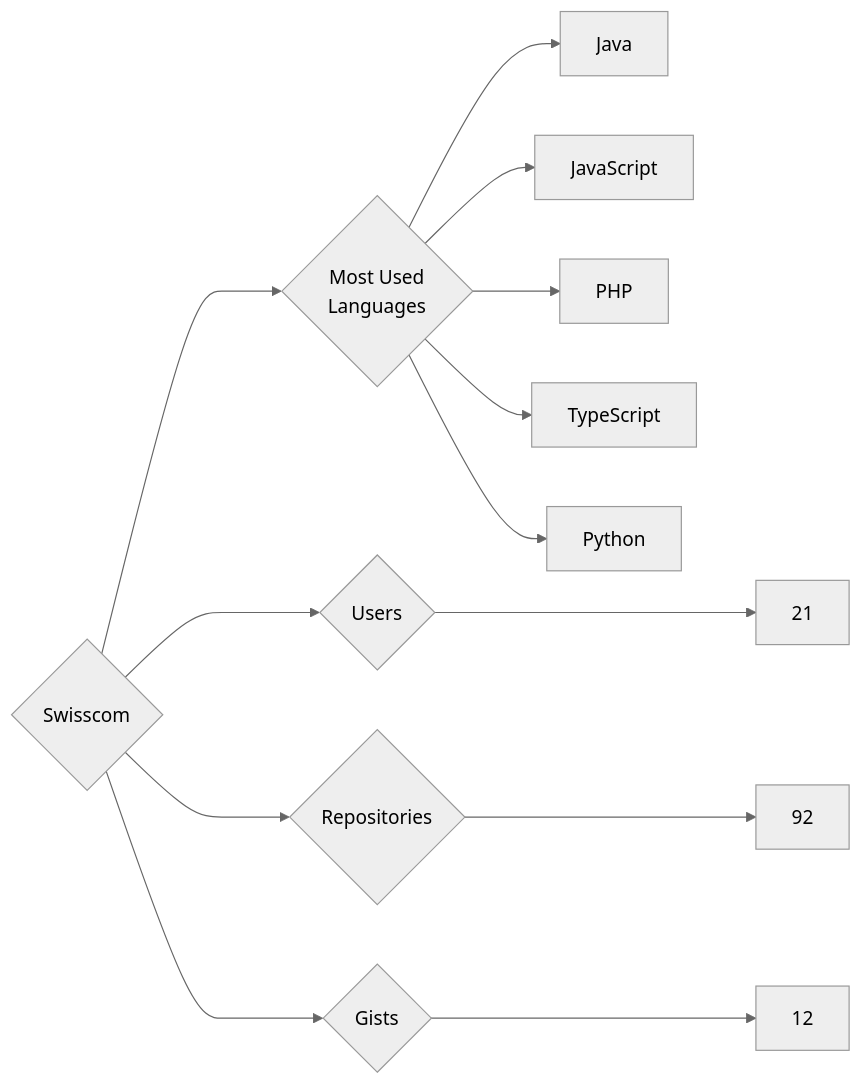
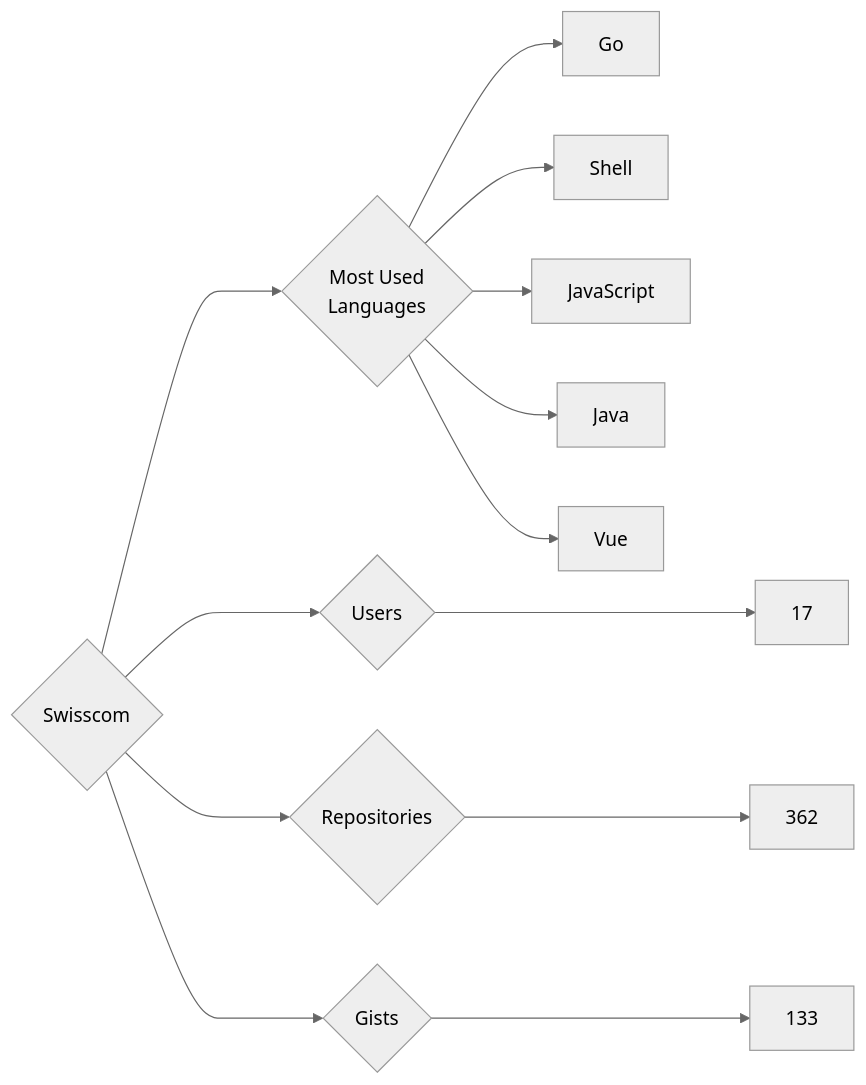
One commit to trickest/insiders changed the diagram in targets/Swisscom/README.md. Above: the diagram before and after it, drawn with Mermaid (neutral theme). The commit also changed 796 other files, not shown here.

````diff
--- a/targets/Swisscom/README.md
+++ b/targets/Swisscom/README.md
@@ -3,13 +3,13 @@
 ```mermaid
 graph LR
 COMPANY_NAME{Swisscom}
-COMPANY_NAME ---> U{Users} ---> UN[21]
-COMPANY_NAME ---> R{Repositories} ---> RN[92]
-COMPANY_NAME ---> G{Gists} ---> GN[12]
+COMPANY_NAME ---> U{Users} ---> UN[17]
+COMPANY_NAME ---> R{Repositories} ---> RN[362]
+COMPANY_NAME ---> G{Gists} ---> GN[133]
 COMPANY_NAME ---> ML{Most Used<br>Languages}
+ML --> Go[Go]
+ML --> Shell[Shell]
+ML --> JavaScript[JavaScript]
 ML --> Java[Java]
-ML --> JavaScript[JavaScript]
-ML --> PHP[PHP]
-ML --> TypeScript[TypeScript]
-ML --> Python[Python]
+ML --> Vue[Vue]
 ```
````
